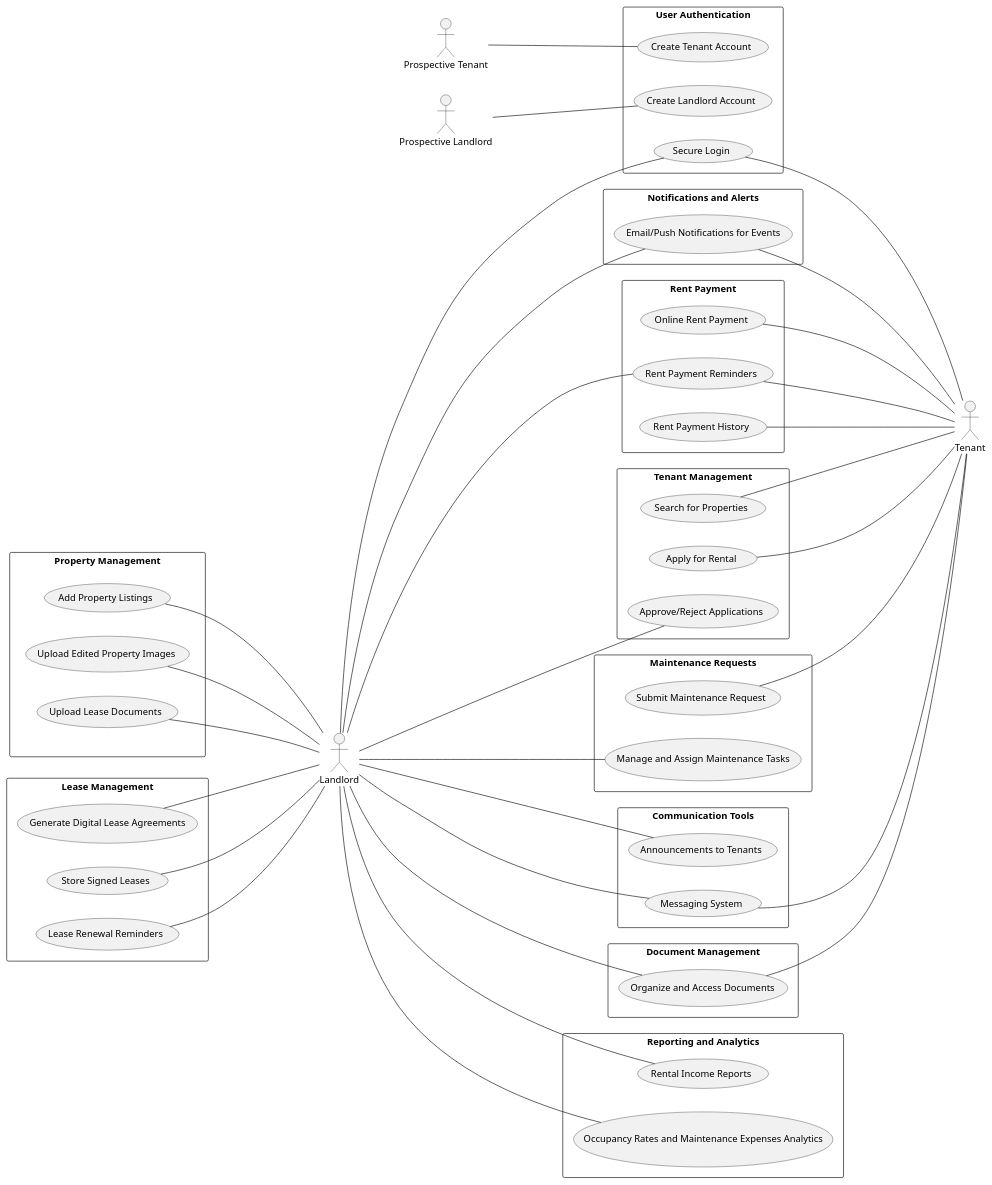
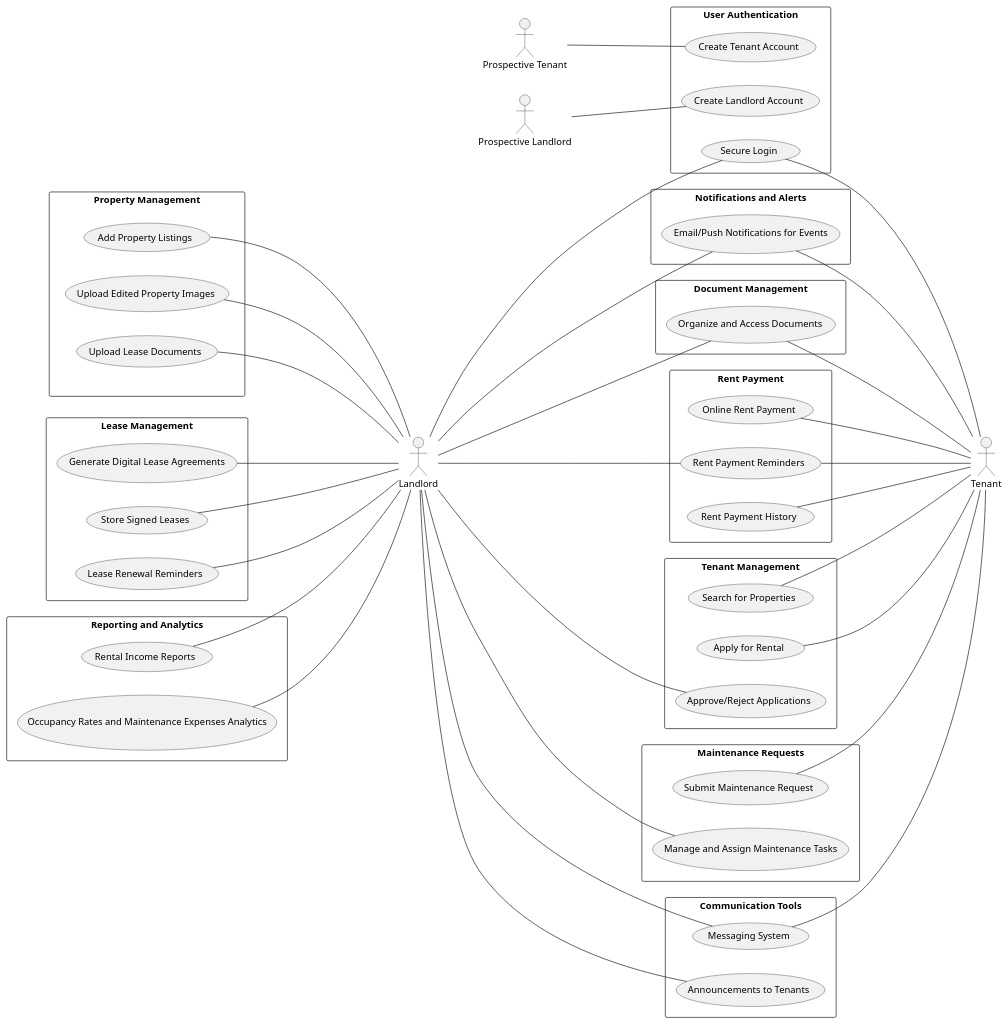
The diagram in diagrams/use-case.puml (Sovietsupporter69/Tenant-landlord-system), drawn with PlantUML before and after one commit. The commit also changed 1 other file, not shown here.

Commit message:
improved layout of use case diagram

```diff
--- a/diagrams/use-case.puml
+++ b/diagrams/use-case.puml
@@ -1,111 +1,111 @@
 @startuml
 
 left to right direction
 skinparam packageStyle rectangle
 
 actor Landlord
 actor Tenant
 actor "Prospective Tenant" as ProspectiveTenant
 actor "Prospective Landlord" as ProspectiveLandlord
 
 together {
   ' landlord exclusive
   rectangle "Property Management" {
   (Add Property Listings) as AddProperties
   (Upload Edited Property Images) as UploadImages
   (Upload Lease Documents) as UploadDocuments
   }
 
   rectangle "Lease Management" {
     (Generate Digital Lease Agreements) as GenerateLeases
     (Store Signed Leases) as StoreLeases
     (Lease Renewal Reminders) as LeaseRenewalReminders
+  }
+
+    rectangle "Reporting and Analytics" {
+    (Rental Income Reports) as GenerateIncomeReports
+    (Occupancy Rates and Maintenance Expenses Analytics) as DataVisualization
   }
 }
 
 together {
   ' shared
   rectangle "User Authentication" {
     (Create Landlord Account) as CreateLandlordAccount
     (Create Tenant Account) as CreateTenantAccount
     (Secure Login) as Login
   }
 
   rectangle "Rent Payment" {
     (Online Rent Payment) as MakeRentPayment
     (Rent Payment Reminders) as PaymentReminders
     (Rent Payment History) as PaymentHistory
   }
 
   rectangle "Tenant Management" {
     (Search for Properties) as SearchProperties
     (Apply for Rental) as ApplyRental
     (Approve/Reject Applications) as ReviewApplications
   }
 
   rectangle "Maintenance Requests" {
     (Submit Maintenance Request) as SubmitMaintenance
     (Manage and Assign Maintenance Tasks) as ManageMaintenance
   }
 
   rectangle "Communication Tools" {
     (Messaging System) as DirectMessaging
     (Announcements to Tenants) as BroadcastAnnouncements
   }
 
   rectangle "Document Management" {
     (Organize and Access Documents) as ManageDocuments
   }
-
-  rectangle "Reporting and Analytics" {
-    (Rental Income Reports) as GenerateIncomeReports
-    (Occupancy Rates and Maintenance Expenses Analytics) as DataVisualization
-  }
   
   rectangle "Notifications and Alerts" {
     (Email/Push Notifications for Events) as SendNotifications
   }
 }
 
 ' add a few hidden links to force layout
 Landlord -[hidden]-Tenant
 "Property Management" ---[hidden]- Landlord
 
 ' shard block shared actions
 ' CreateAccount ---down- Tenant
 Login ---down- Landlord
 Login ---up- Tenant
 PaymentReminders ---up- Landlord
 PaymentReminders ---down- Tenant
 ManageDocuments ---up- Landlord
 ManageDocuments ---down- Tenant
 SendNotifications ---up- Landlord
 SendNotifications ---down- Tenant
 DirectMessaging ---up- Landlord
 DirectMessaging ---down- Tenant
 
 ' shared block landlord exclusive
 ReviewApplications ---up- Landlord
 ManageMaintenance ---up- Landlord
 BroadcastAnnouncements ---up- Landlord
-GenerateIncomeReports ---up- Landlord
-DataVisualization ---up- Landlord
 
 ' shared block tenant exclusive
 SearchProperties ---down- Tenant
 ApplyRental ---down- Tenant
 MakeRentPayment ---down- Tenant
 PaymentHistory ---down- Tenant
 SubmitMaintenance ---down- Tenant
 
 ' landlord exclusive blocks
 AddProperties ---right- Landlord
 UploadImages ---right- Landlord
 UploadDocuments ---right- Landlord
 GenerateLeases ---right- Landlord
 StoreLeases ---right- Landlord
 LeaseRenewalReminders ---right- Landlord
+GenerateIncomeReports ---right- Landlord
+DataVisualization ---right- Landlord
 
 ProspectiveTenant --- CreateTenantAccount
 ProspectiveLandlord --- CreateLandlordAccount
 @enduml
```
